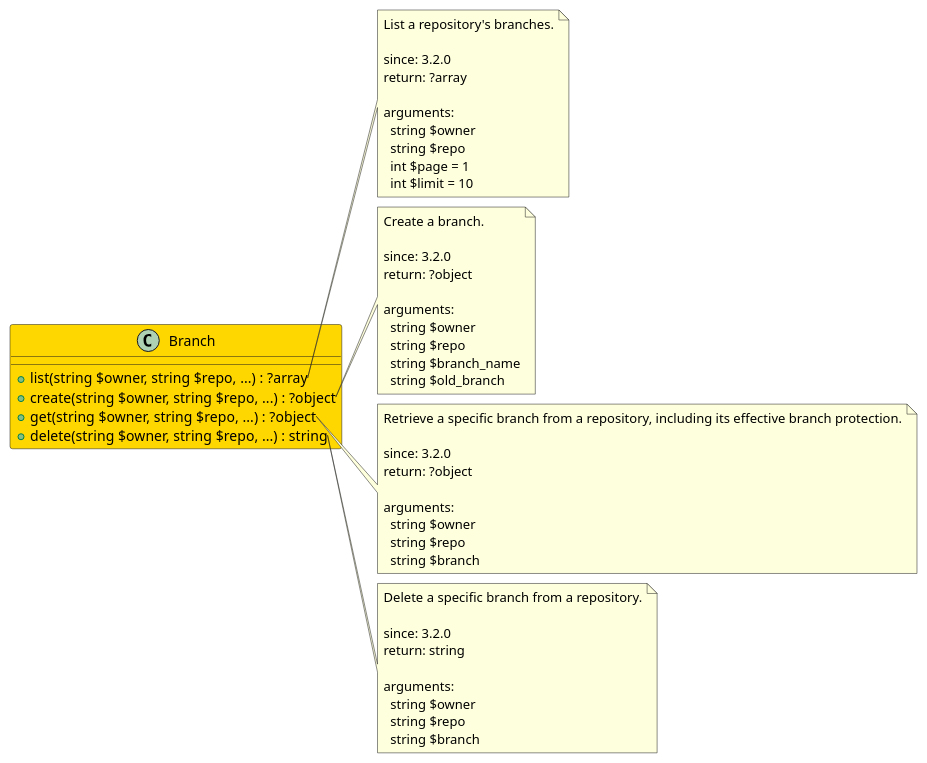
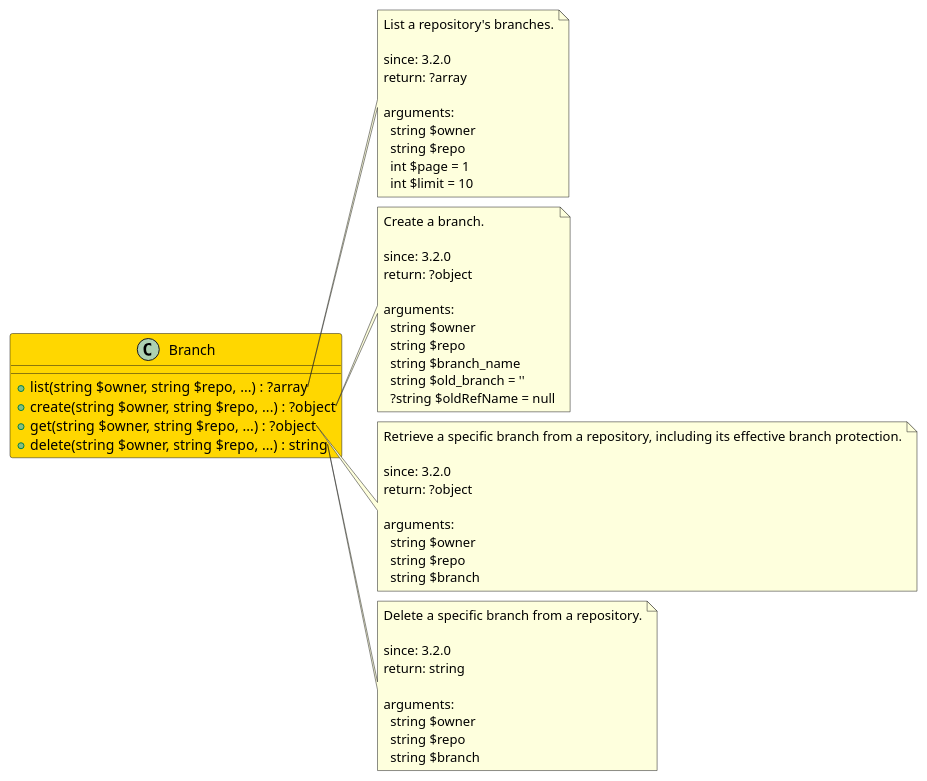
Before and after one commit to joomengine/gitea: the diagram in src/8fd54ec5-d93e-445c-ae27-80b6052dbddd/README.md, drawn with PlantUML. The commit also changed 370 other files, not shown here.

````diff
--- a/src/8fd54ec5-d93e-445c-ae27-80b6052dbddd/README.md
+++ b/src/8fd54ec5-d93e-445c-ae27-80b6052dbddd/README.md
@@ -6,62 +6,63 @@
 ```uml
 @startuml
 
 class Branch  #Gold {
   + list(string $owner, string $repo, ...) : ?array
   + create(string $owner, string $repo, ...) : ?object
   + get(string $owner, string $repo, ...) : ?object
   + delete(string $owner, string $repo, ...) : string
 }
 
 note right of Branch::list
   List a repository's branches.
 
   since: 3.2.0
   return: ?array
   
   arguments:
     string $owner
     string $repo
     int $page = 1
     int $limit = 10
 end note
 
 note right of Branch::create
   Create a branch.
 
   since: 3.2.0
   return: ?object
   
   arguments:
     string $owner
     string $repo
     string $branch_name
-    string $old_branch
+    string $old_branch = ''
+    ?string $oldRefName = null
 end note
 
 note right of Branch::get
   Retrieve a specific branch from a repository, including its effective branch protection.
 
   since: 3.2.0
   return: ?object
   
   arguments:
     string $owner
     string $repo
     string $branch
 end note
 
 note right of Branch::delete
   Delete a specific branch from a repository.
 
   since: 3.2.0
   return: string
   
   arguments:
     string $owner
     string $repo
     string $branch
 end note
 
 @enduml
 ```
````
